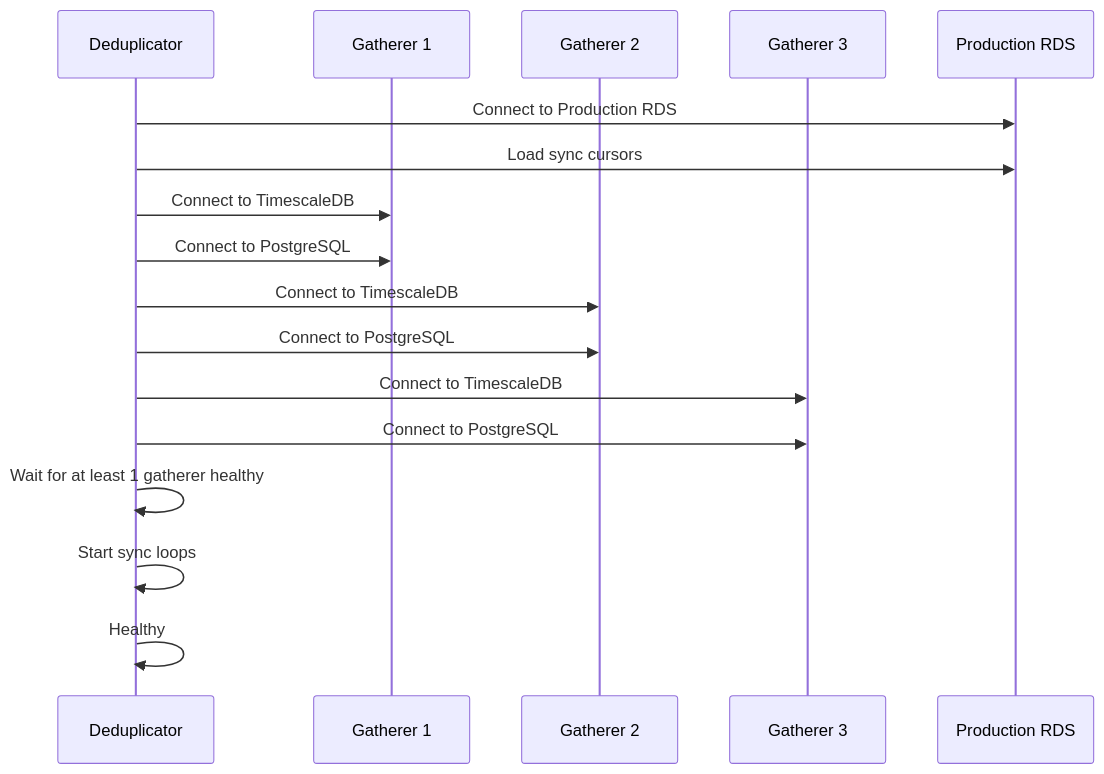
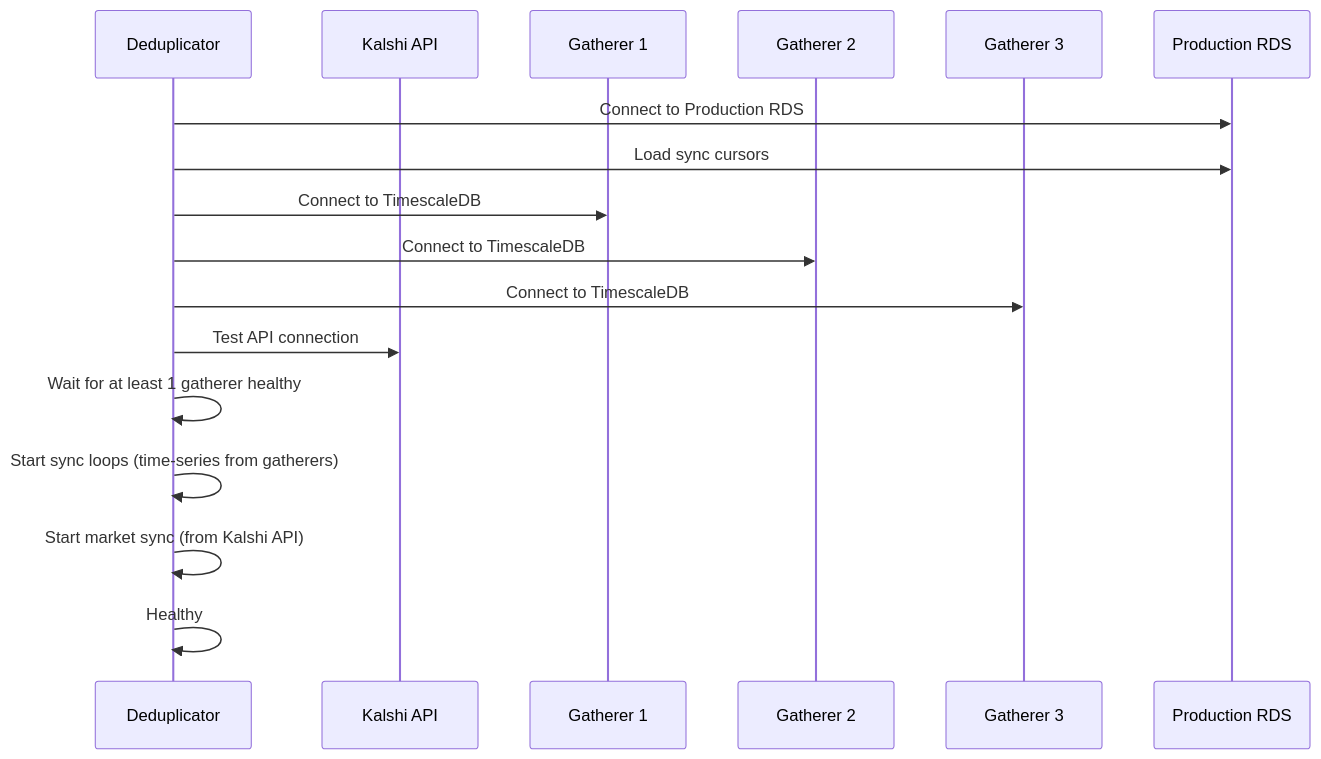
The third of 3 diagrams in docs/kalshi-data/deployment/startup.md (Projectsrxg/kalshi_v2), drawn with Mermaid before and after one commit. The commit also changed other lines of this file and 27 other files, not shown here.

````diff
--- a/docs/kalshi-data/deployment/startup.md
+++ b/docs/kalshi-data/deployment/startup.md
@@ -181,20 +176,20 @@
 ```mermaid
 sequenceDiagram
     participant D as Deduplicator
+    participant K as Kalshi API
     participant G1 as Gatherer 1
     participant G2 as Gatherer 2
     participant G3 as Gatherer 3
     participant P as Production RDS
 
     D->>P: Connect to Production RDS
     D->>P: Load sync cursors
     D->>G1: Connect to TimescaleDB
-    D->>G1: Connect to PostgreSQL
     D->>G2: Connect to TimescaleDB
-    D->>G2: Connect to PostgreSQL
     D->>G3: Connect to TimescaleDB
-    D->>G3: Connect to PostgreSQL
+    D->>K: Test API connection
     D->>D: Wait for at least 1 gatherer healthy
-    D->>D: Start sync loops
+    D->>D: Start sync loops (time-series from gatherers)
+    D->>D: Start market sync (from Kalshi API)
     D->>D: Healthy
 ```
````
